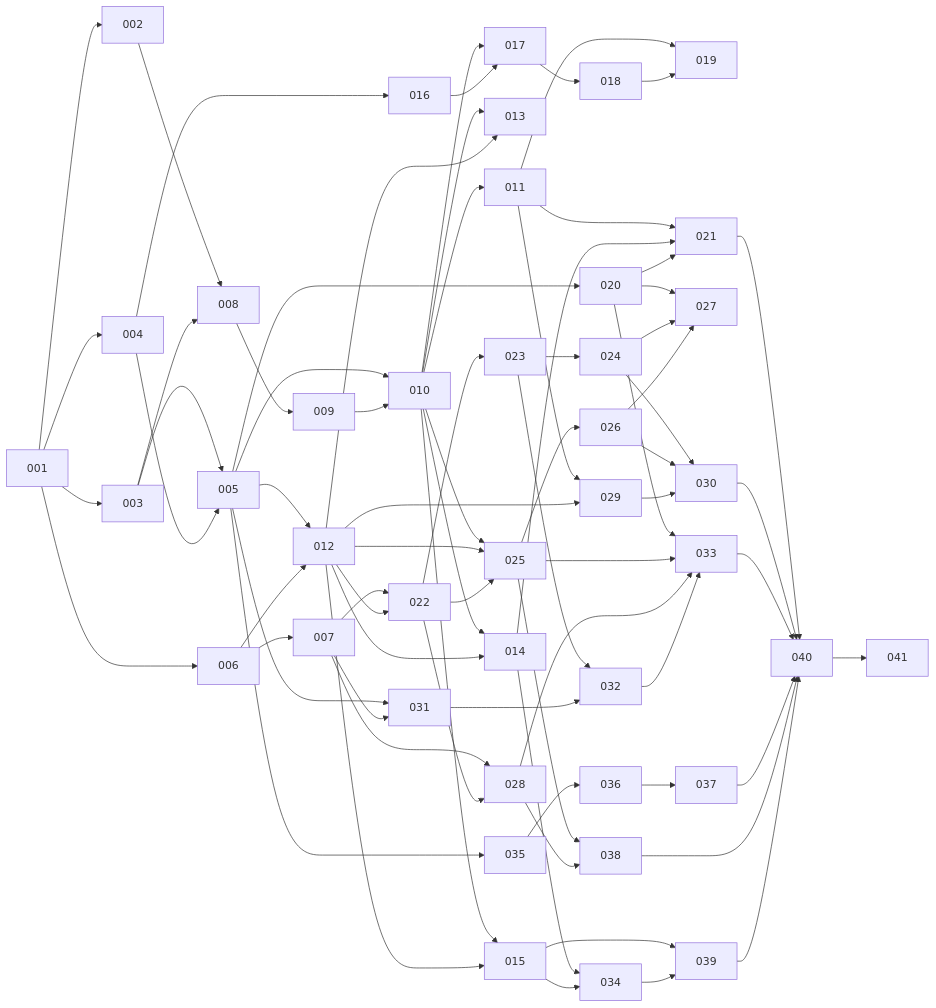
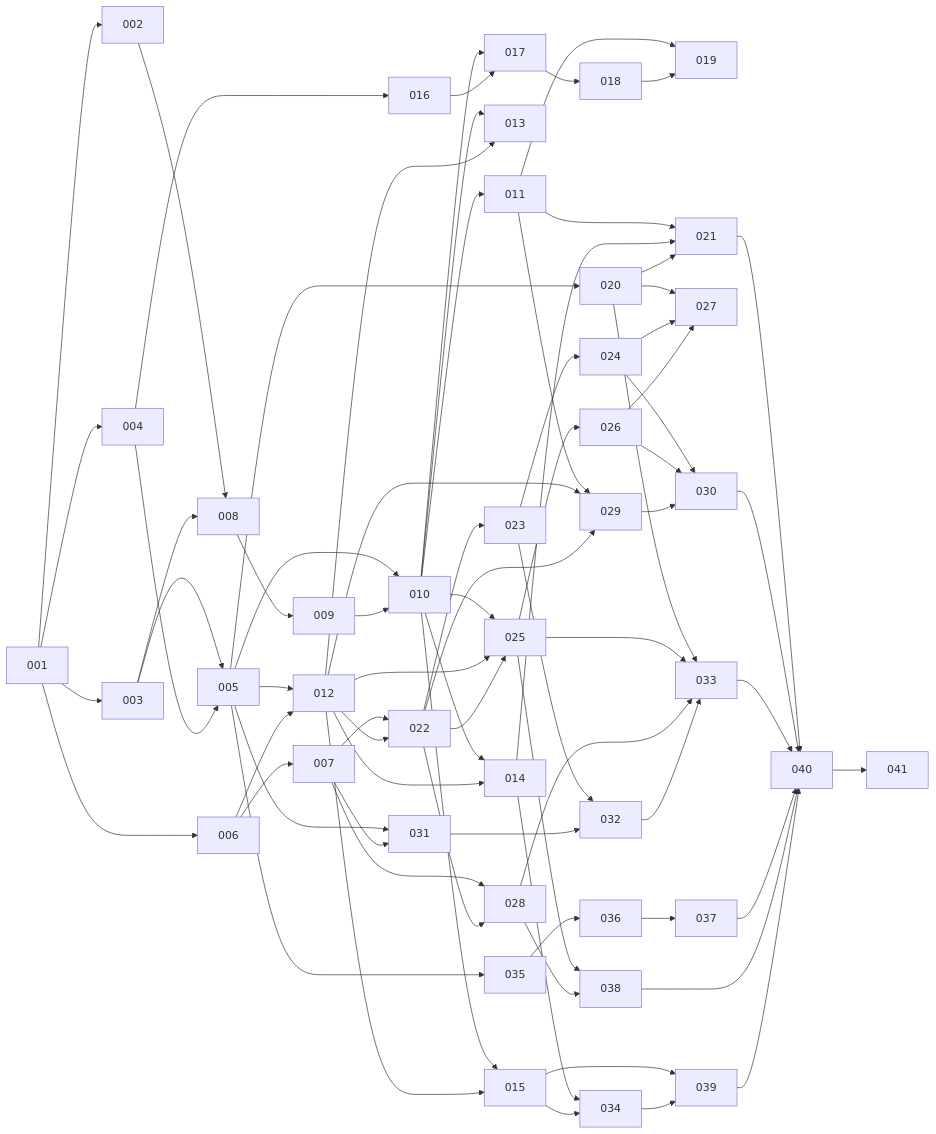
One commit to Justxs/Jx-Care changed the diagram in docs/tasks/README.md. Above: the diagram before and after it, drawn with Mermaid. The commit also changed other lines of this file and 7 other files, not shown here.

````diff
--- a/docs/tasks/README.md
+++ b/docs/tasks/README.md
@@ -85,29 +85,29 @@
 ```mermaid
 flowchart LR
   001 --> 002 & 003 & 004 & 006
   003 & 004 --> 005
   006 --> 007
   002 & 003 --> 008 --> 009
   005 & 009 --> 010 --> 011
   005 & 006 --> 012
   010 & 012 --> 013 & 014 & 015
   004 --> 016
   010 & 016 --> 017 --> 018
   011 & 018 --> 019
   005 --> 020
   011 & 014 & 020 --> 021
   007 & 012 --> 022 --> 023 --> 024
   010 & 012 & 022 --> 025 --> 026
   020 & 024 & 026 --> 027
   007 & 022 --> 028
-  011 & 012 --> 029
+  011 & 012 & 022 --> 029
   024 & 026 & 029 --> 030
   005 & 007 --> 031
   023 & 031 --> 032
   020 & 025 & 028 & 032 --> 033
   014 & 015 --> 034
   005 --> 035 --> 036 --> 037
   025 & 028 --> 038
   015 & 034 --> 039
   021 & 030 & 033 & 037 & 038 & 039 --> 040 --> 041
 ```
````
